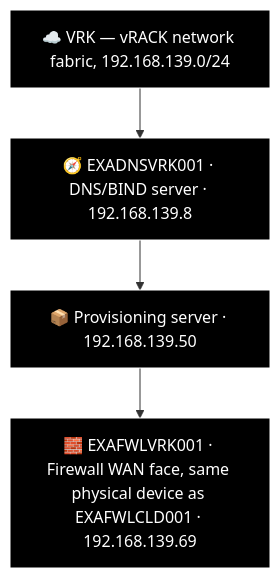
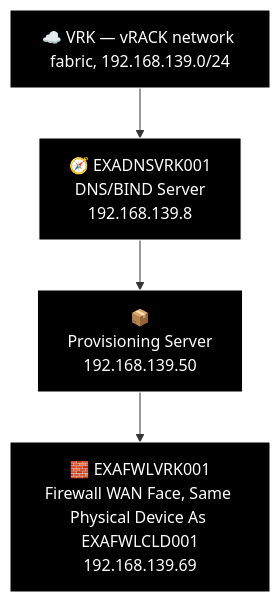
One commit to knightmare2600/example_music_infra changed the diagram in docs/network-diagram/vrk.md. Above: the diagram before and after it, drawn with Mermaid. The commit also changed 18 other files, not shown here.

````diff
--- a/docs/network-diagram/vrk.md
+++ b/docs/network-diagram/vrk.md
@@ -31,15 +31,15 @@
 ```mermaid
 %% GENERATED:TOPOLOGY:VRK:START
 %%{init: {'flowchart': {'curve': 'stepAfter'}}}%%
 graph TD
     T_VRK["☁️ VRK — vRACK network fabric, 192.168.139.0/24"]
-    T_DNS["🧭 EXADNSVRK001 · DNS/BIND server · 192.168.139.8"]
-    T_TMP["📦 Provisioning server · 192.168.139.50"]
-    T_FWL["🧱 EXAFWLVRK001 · Firewall WAN face, same physical device as EXAFWLCLD001 · 192.168.139.69"]
+    T_DNS["🧭 EXADNSVRK001<br/>DNS/BIND Server<br/>192.168.139.8"]
+    T_TMP["📦<br/>Provisioning Server<br/>192.168.139.50"]
+    T_FWL["🧱 EXAFWLVRK001<br/>Firewall WAN Face, Same Physical Device As EXAFWLCLD001<br/>192.168.139.69"]
     T_VRK --> T_DNS --> T_TMP --> T_FWL
     style T_VRK fill:#000000,stroke:#FFFFFF,color:#FFFFFF
     style T_DNS fill:#000000,stroke:#FFFFFF,color:#FFFFFF
     style T_TMP fill:#000000,stroke:#FFFFFF,color:#FFFFFF
     style T_FWL fill:#000000,stroke:#FFFFFF,color:#FFFFFF
 %% GENERATED:TOPOLOGY:VRK:END
 ```
````
